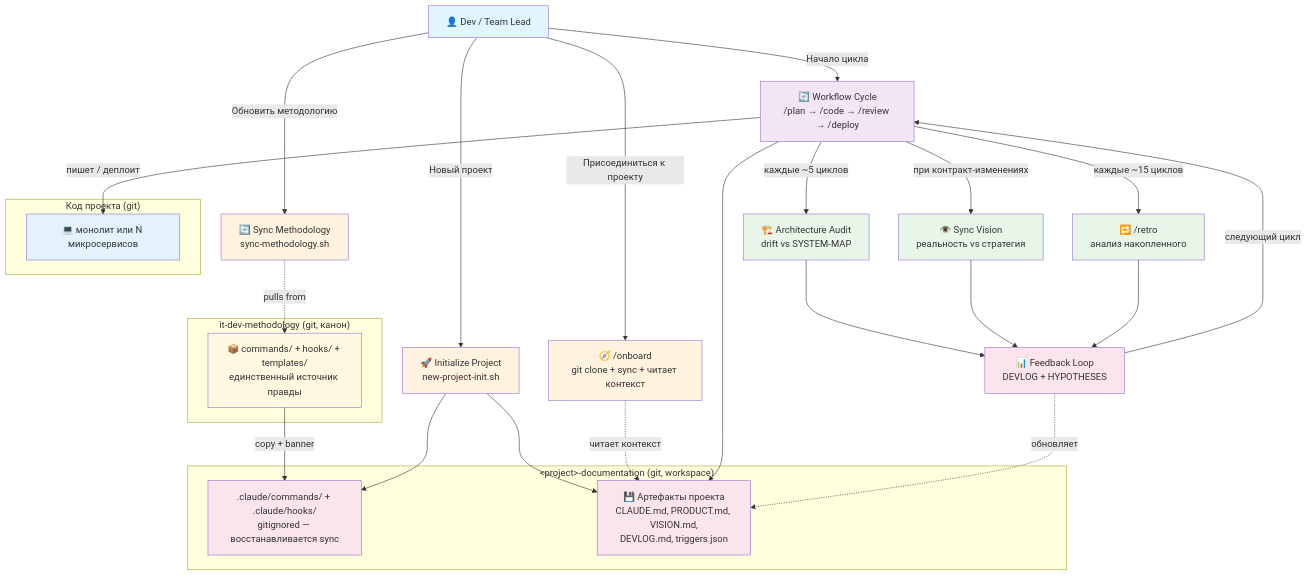
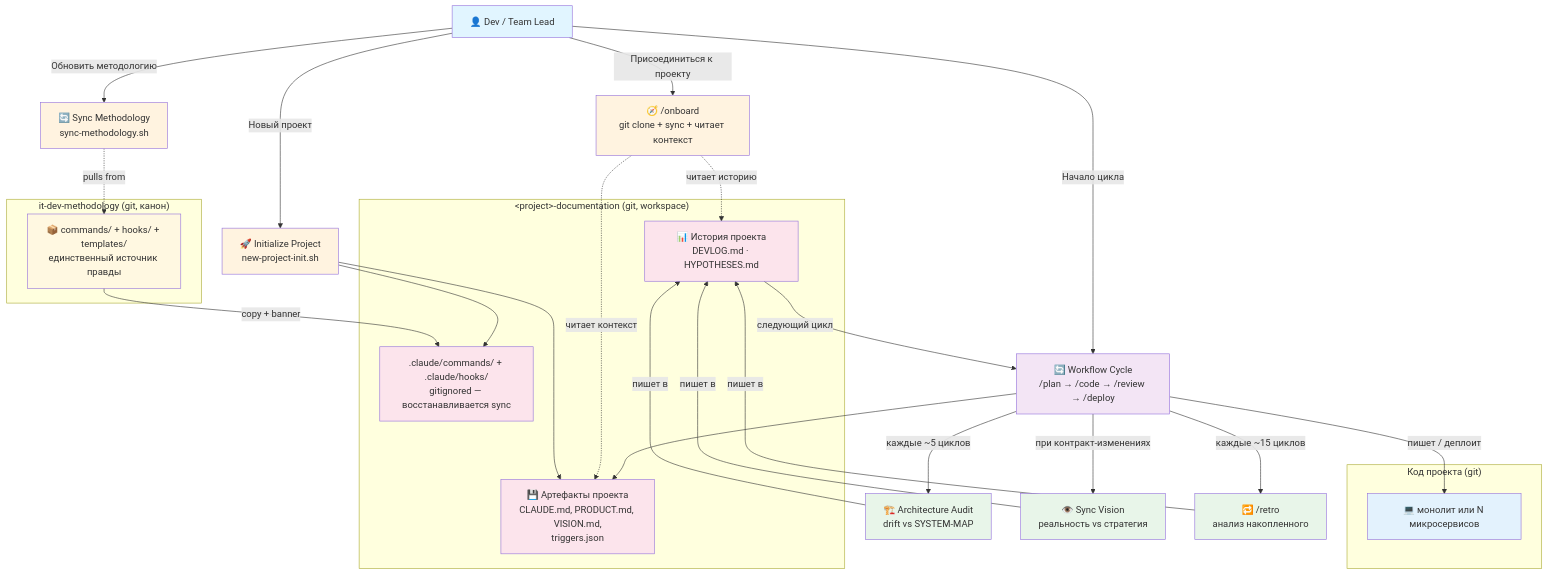
Before and after one commit to cait-solutions/it-dev-methodology: the diagram in docs/product/USER-MAP.md, drawn with Mermaid.

Commit message:
fix(user-map): move Feedback inside DocRepo — DEVLOG/HYPOTHESES live in project-docs [methodology]
- Feedback node moved inside <project>-documentation subgraph (accurate: DEVLOG + HYPOTHESES are project files)
- Audit/Vision/Retro now write directly into Feedback with "пишет в" arrows
- Storage split: planning artifacts vs history (DEVLOG·HYPOTHESES) now separate nodes
- Onboard reads both Storage and Feedback (context + history)

````diff
--- a/docs/product/USER-MAP.md
+++ b/docs/product/USER-MAP.md
@@ -24,54 +24,55 @@
 ```mermaid
 graph TD
     Dev["👤 Dev / Team Lead"]
 
     subgraph Methodology["it-dev-methodology (git, канон)"]
         Canon["📦 commands/ + hooks/ + templates/<br/>единственный источник правды"]
     end
 
     subgraph DocRepo["&lt;project&gt;-documentation (git, workspace)"]
         LocalCmds[".claude/commands/ + .claude/hooks/<br/>gitignored — восстанавливается sync"]
-        Storage["💾 Артефакты проекта<br/>CLAUDE.md, PRODUCT.md, VISION.md,<br/>DEVLOG.md, triggers.json"]
+        Storage["💾 Артефакты проекта<br/>CLAUDE.md, PRODUCT.md, VISION.md,<br/>triggers.json"]
+        Feedback["📊 История проекта<br/>DEVLOG.md · HYPOTHESES.md"]
     end
 
     subgraph CodeRepos["Код проекта (git)"]
         Services["💻 монолит или N микросервисов"]
     end
 
     Dev -->|"Новый проект"| Init["🚀 Initialize Project<br/>new-project-init.sh"]
     Dev -->|"Присоединиться к проекту"| Onboard["🧭 /onboard<br/>git clone + sync + читает контекст"]
     Dev -->|"Начало цикла"| Workflow["🔄 Workflow Cycle<br/>/plan → /code → /review → /deploy"]
     Dev -->|"Обновить методологию"| Sync["🔄 Sync Methodology<br/>sync-methodology.sh"]
 
     Sync -.->|"pulls from"| Canon
     Canon -->|"copy + banner"| LocalCmds
     Init --> LocalCmds
     Init --> Storage
     Onboard -.->|"читает контекст"| Storage
+    Onboard -.->|"читает историю"| Feedback
     Workflow --> Storage
     Workflow -->|"пишет / деплоит"| Services
 
     Workflow -->|"каждые ~5 циклов"| Audit["🏗️ Architecture Audit<br/>drift vs SYSTEM-MAP"]
     Workflow -->|"при контракт-изменениях"| Vision["👁️ Sync Vision<br/>реальность vs стратегия"]
     Workflow -->|"каждые ~15 циклов"| Retro["🔁 /retro<br/>анализ накопленного"]
 
-    Audit --> Feedback["📊 Feedback Loop<br/>DEVLOG + HYPOTHESES"]
-    Vision --> Feedback
-    Retro --> Feedback
-    Feedback -.->|"обновляет"| Storage
+    Audit -->|"пишет в"| Feedback
+    Vision -->|"пишет в"| Feedback
+    Retro -->|"пишет в"| Feedback
     Feedback -->|"следующий цикл"| Workflow
 
     style Dev fill:#e1f5ff
     style Init fill:#fff3e0
     style Onboard fill:#fff3e0
     style Workflow fill:#f3e5f5
     style Sync fill:#fff3e0
     style Canon fill:#fff8e1
     style LocalCmds fill:#fce4ec
     style Storage fill:#fce4ec
+    style Feedback fill:#fce4ec
     style Services fill:#e3f2fd
     style Audit fill:#e8f5e9
     style Vision fill:#e8f5e9
     style Retro fill:#e8f5e9
-    style Feedback fill:#fce4ec
 ```
````
